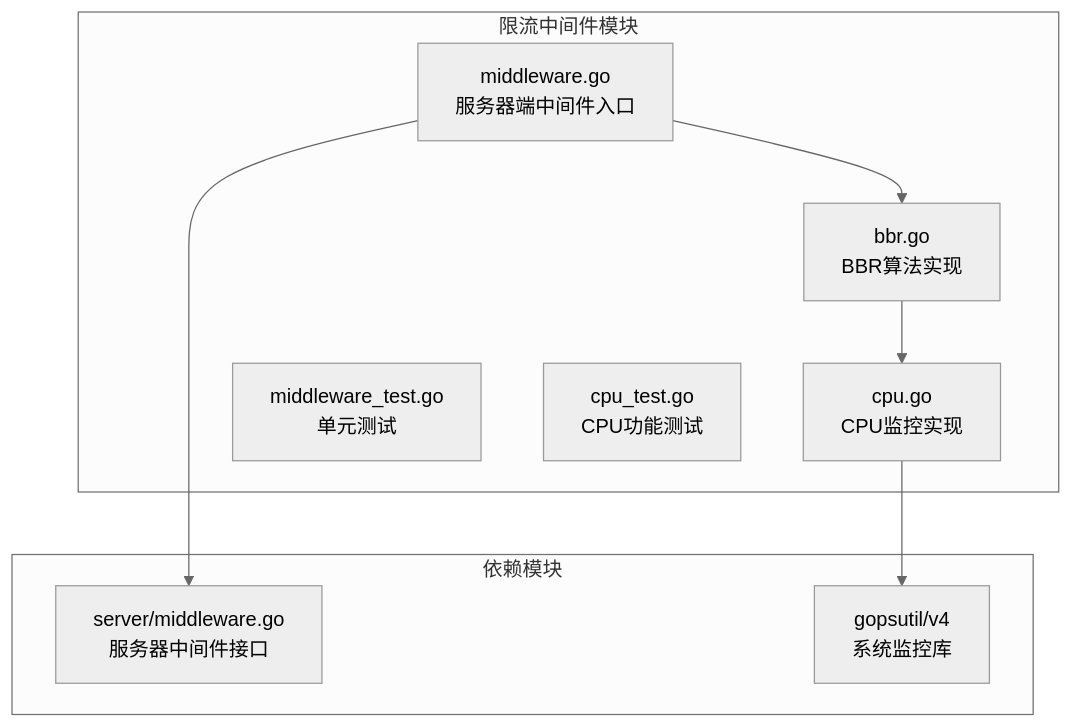
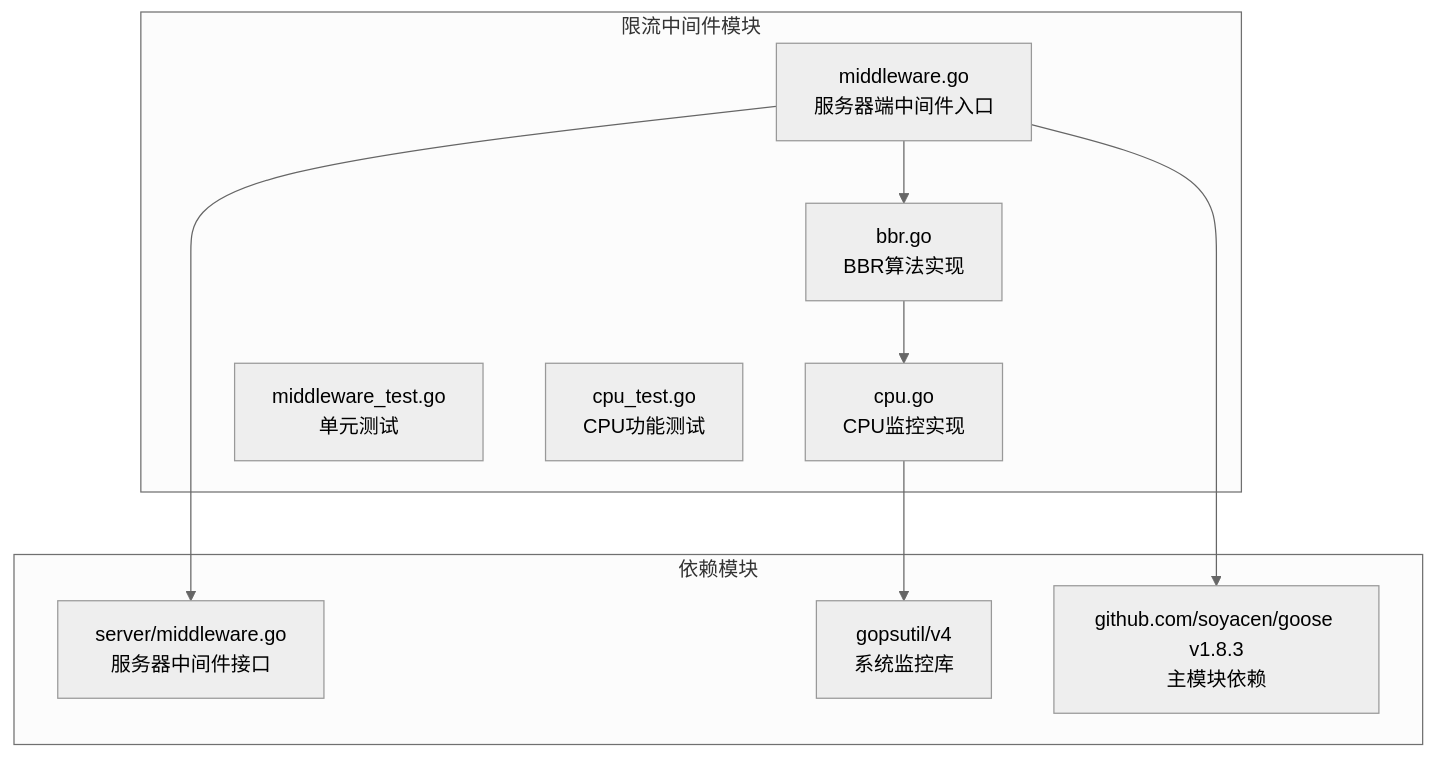
Before and after one commit to soyacen/goose: the first of 7 diagrams in .agents/repowiki/zh/content/高级中间件/限流中间件.md, drawn with Mermaid (neutral theme). The commit also changed other lines of this file and 51 other files, not shown here.

````diff
--- a/.agents/repowiki/zh/content/高级中间件/限流中间件.md
+++ b/.agents/repowiki/zh/content/高级中间件/限流中间件.md
@@ -41,18 +52,20 @@
 ```mermaid
 graph TB
 subgraph "限流中间件模块"
 A[middleware.go<br/>服务器端中间件入口]
 B[bbr.go<br/>BBR算法实现]
 C[cpu.go<br/>CPU监控实现]
 D[middleware_test.go<br/>单元测试]
 E[cpu_test.go<br/>CPU功能测试]
 end
 subgraph "依赖模块"
 F[server/middleware.go<br/>服务器中间件接口]
 G[gopsutil/v4<br/>系统监控库]
+H[github.com/soyacen/goose v1.8.3<br/>主模块依赖]
 end
 A --> B
 B --> C
 A --> F
 C --> G
+A --> H
 ```
````
